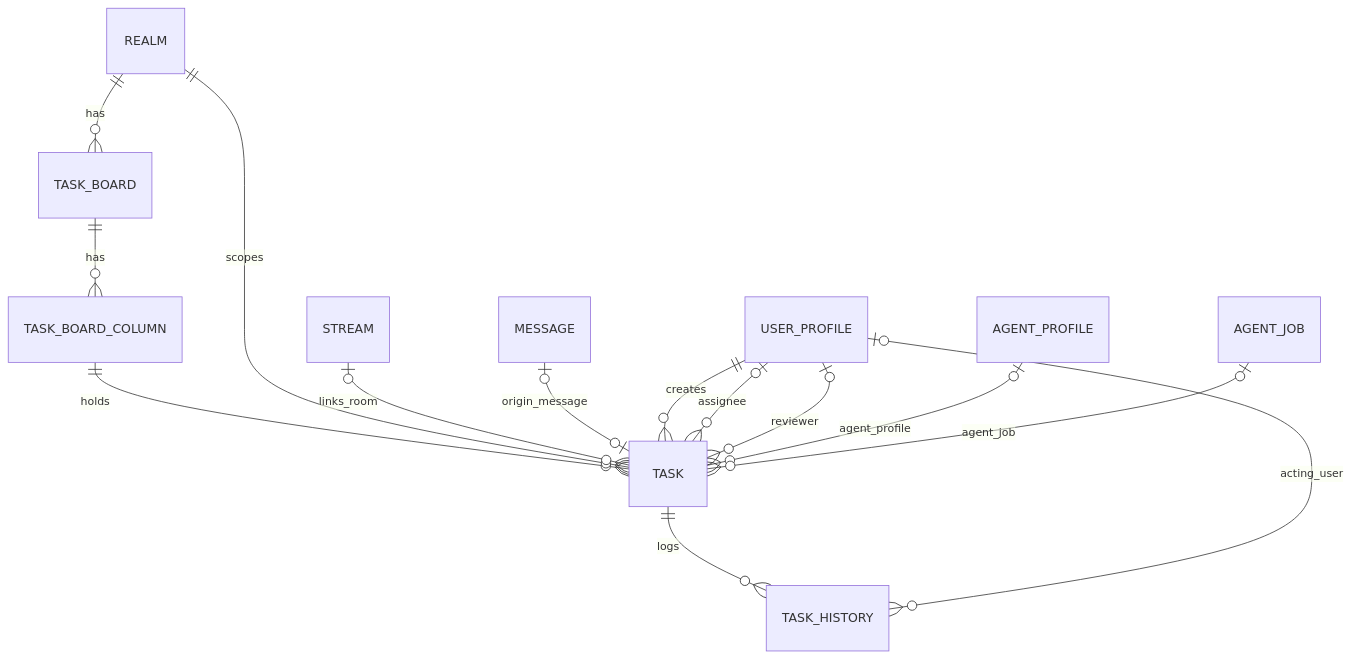
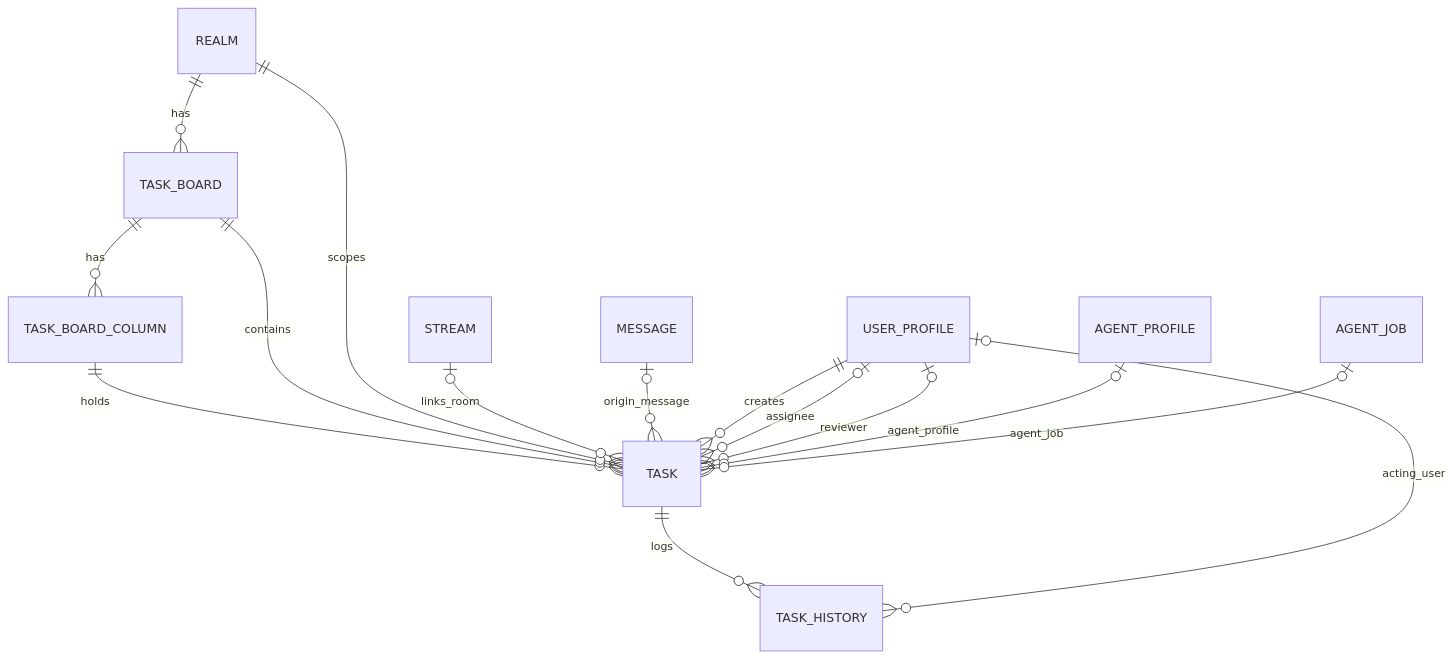
The second of 2 diagrams in internals/docs/erd.md (Growth-Circle/grow-team), drawn with Mermaid before and after one commit. The commit also changed other lines of this file and 7 other files, not shown here.

````diff
--- a/internals/docs/erd.md
+++ b/internals/docs/erd.md
@@ -96,16 +96,17 @@
 ```mermaid
 erDiagram
   REALM ||--o{ TASK_BOARD : has
   TASK_BOARD ||--o{ TASK_BOARD_COLUMN : has
   TASK_BOARD_COLUMN ||--o{ TASK : holds
+  TASK_BOARD ||--o{ TASK : contains
   REALM ||--o{ TASK : scopes
   STREAM o|--o{ TASK : links_room
-  MESSAGE o|--o| TASK : origin_message
+  MESSAGE o|--o{ TASK : origin_message
   USER_PROFILE ||--o{ TASK : creates
   USER_PROFILE o|--o{ TASK : assignee
   USER_PROFILE o|--o{ TASK : reviewer
   AGENT_PROFILE o|--o{ TASK : agent_profile
   AGENT_JOB o|--o{ TASK : agent_job
   TASK ||--o{ TASK_HISTORY : logs
   USER_PROFILE o|--o{ TASK_HISTORY : acting_user
 ```
````
